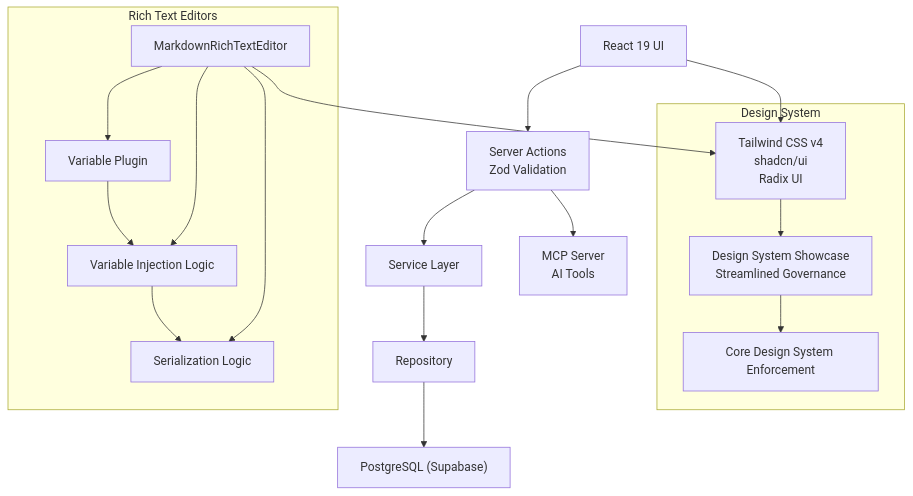
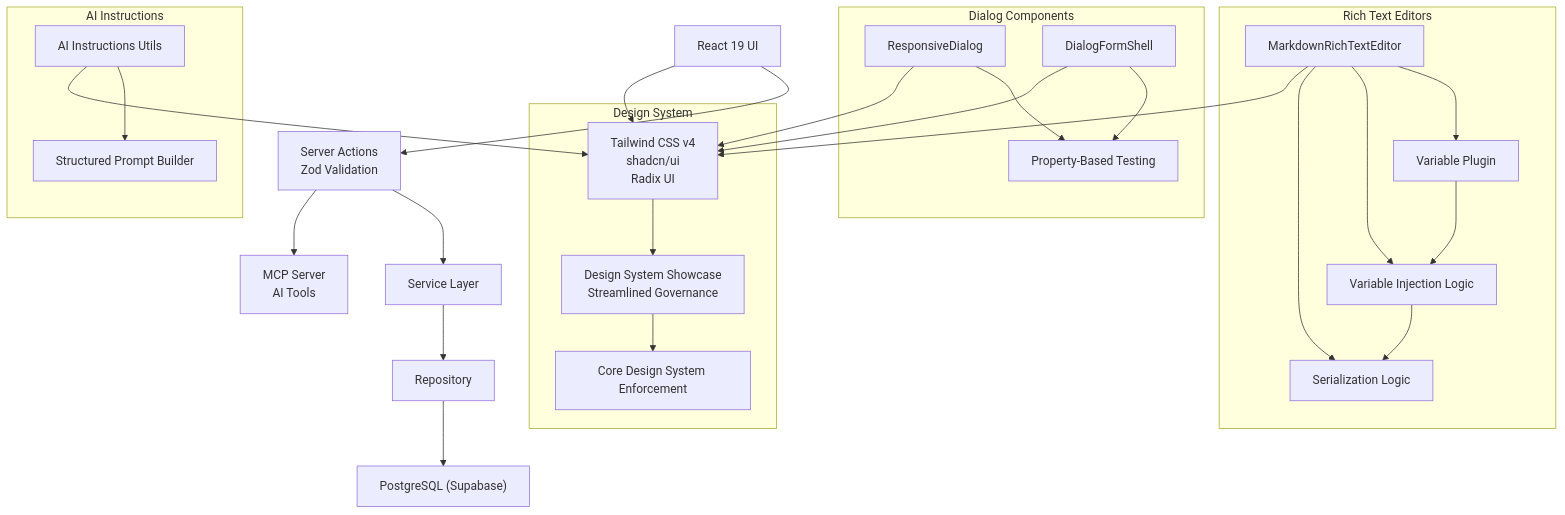
The second of 17 diagrams in .qoder/repowiki/en/content/Development Guide/Development Guide.md (SinesysTech/zattar-os), drawn with Mermaid before and after one commit. The commit also changed other lines of this file and 11 other files, not shown here.

First line of the commit message:
refactor(dialogs): update dialog components to use DialogHeader and DialogFooter

````diff
--- a/.qoder/repowiki/en/content/Development Guide/Development Guide.md
+++ b/.qoder/repowiki/en/content/Development Guide/Development Guide.md
@@ -148,28 +177,43 @@
 ```mermaid
 graph TB
 UI["React 19 UI"] --> SA["Server Actions<br/>Zod Validation"]
 SA --> SVC["Service Layer"]
 SVC --> REP["Repository"]
 REP --> DB["PostgreSQL (Supabase)"]
 SA --> MCP["MCP Server<br/>AI Tools"]
 subgraph "Rich Text Editors"
 RE["MarkdownRichTextEditor"]
 VP["Variable Plugin"]
 INJ["Variable Injection Logic"]
 SER["Serialization Logic"]
 RE --> VP
 RE --> INJ
 RE --> SER
 VP --> INJ
 INJ --> SER
 end
+subgraph "Dialog Components"
+RD["ResponsiveDialog"]
+DFS["DialogFormShell"]
+PROP["Property-Based Testing"]
+RD --> PROP
+DFS --> PROP
+end
+subgraph "AI Instructions"
+AIU["AI Instructions Utils"]
+SPB["Structured Prompt Builder"]
+AIU --> SPB
+end
 subgraph "Design System"
 DS["Tailwind CSS v4<br/>shadcn/ui<br/>Radix UI"]
 DSESC["Design System Showcase<br/>Streamlined Governance"]
 ENDS["Core Design System Enforcement"]
 end
 UI --> DS
 DS --> DSESC
 DSESC --> ENDS
 RE --> DS
+RD --> DS
+DFS --> DS
+AIU --> DS
 ```
````
